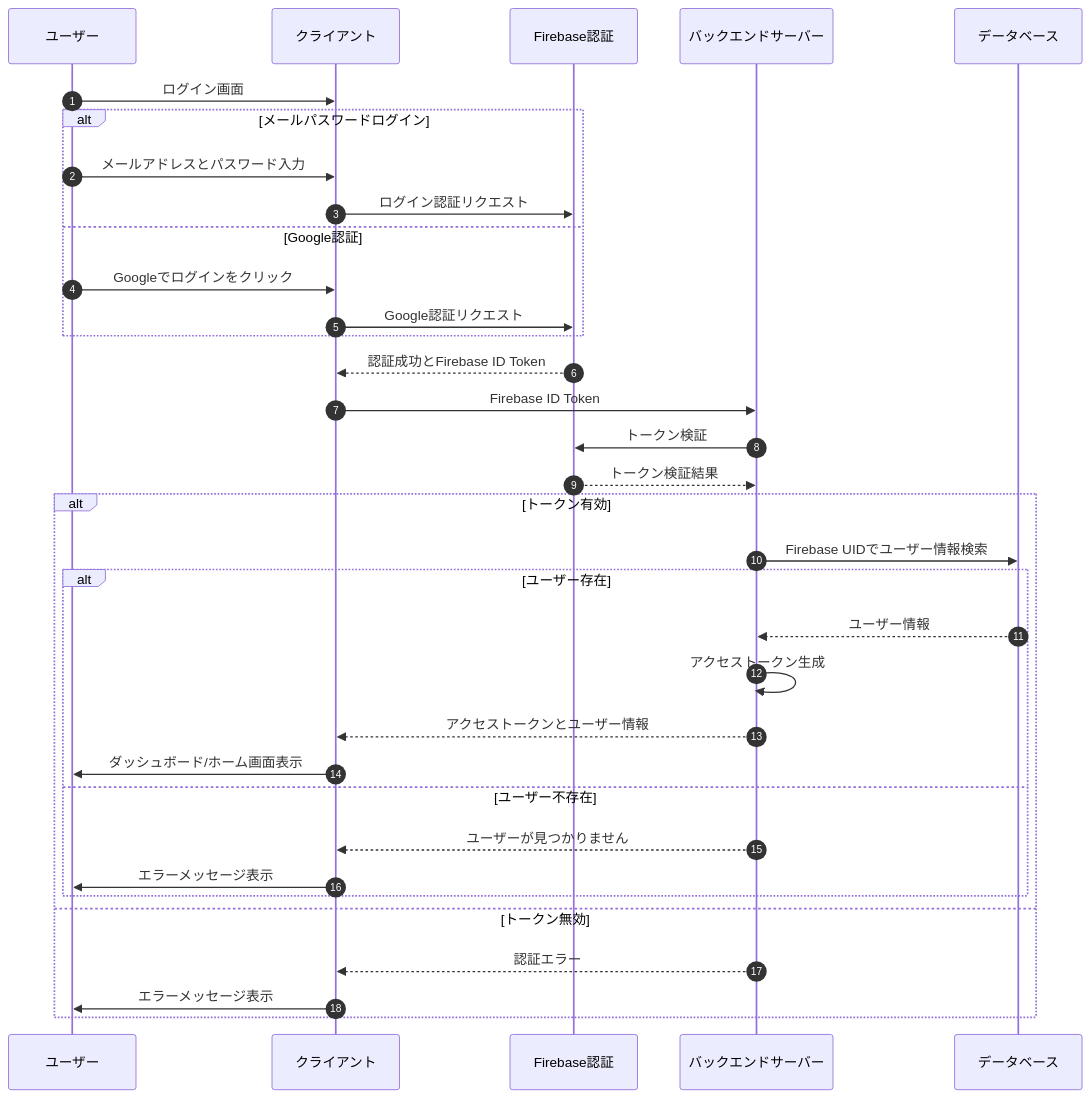
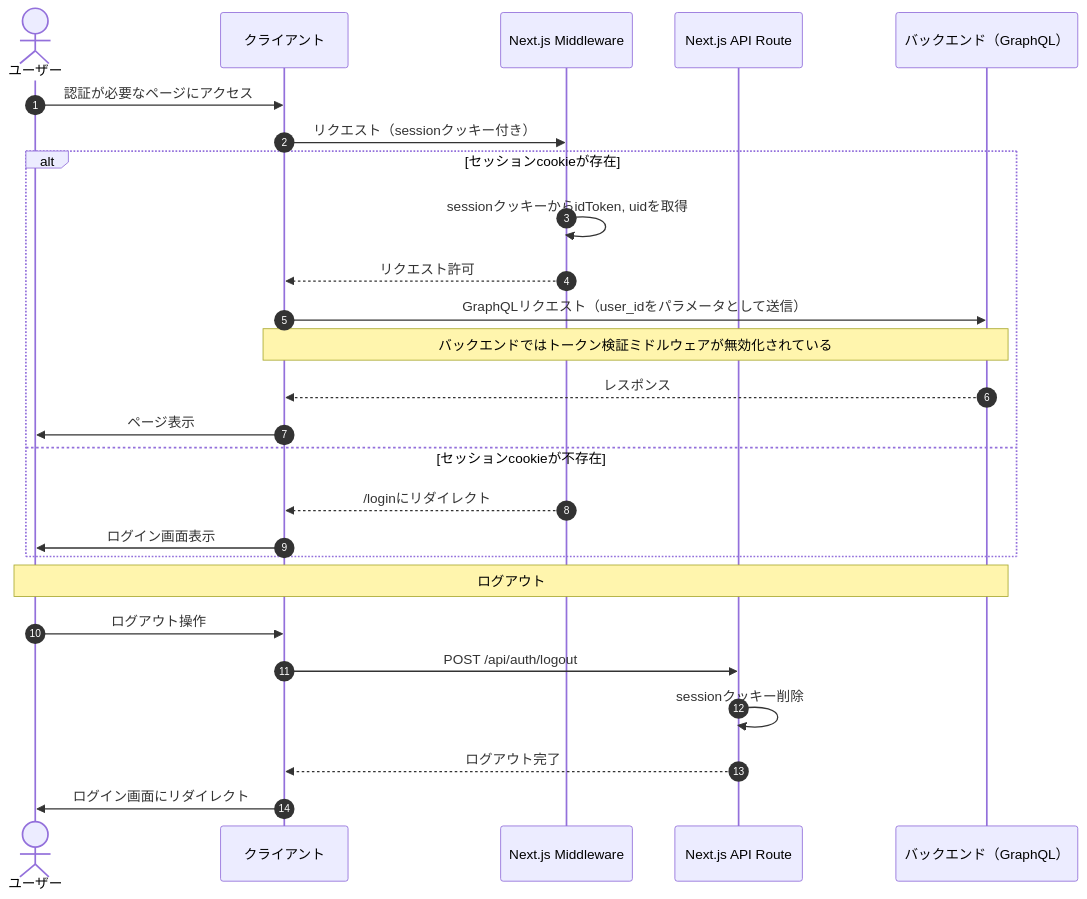
One commit to sc-hosokawa/frienda changed the second of 13 diagrams in docs/sequence-diagrams.md. Above: the diagram before and after it, drawn with Mermaid. The commit also changed other lines of this file, not shown here.

First line of the commit message:
docs: ソースコードの実装に基づいてシーケンス図を全面修正

````diff
--- a/docs/sequence-diagrams.md
+++ b/docs/sequence-diagrams.md
@@ -76,40 +91,34 @@
 ```mermaid
 sequenceDiagram
     autonumber
 
-    participant ユーザー
+    actor ユーザー
     participant クライアント
-    participant Firebase認証
-    participant バックエンドサーバー
-    participant データベース
+    participant Middleware as Next.js Middleware
+    participant NextJS as Next.js API Route
+    participant バックエンド as バックエンド（GraphQL）
 
-    ユーザー->>クライアント: ログイン画面
-    alt メールパスワードログイン
-        ユーザー->>クライアント: メールアドレスとパスワード入力
-        クライアント->>Firebase認証: ログイン認証リクエスト
-    else Google認証
-        ユーザー->>クライアント: Googleでログインをクリック
-        クライアント->>Firebase認証: Google認証リクエスト
+    ユーザー->>クライアント: 認証が必要なページにアクセス
+    クライアント->>Middleware: リクエスト（sessionクッキー付き）
+
+    alt セッションcookieが存在
+        Middleware->>Middleware: sessionクッキーからidToken, uidを取得
+        Middleware-->>クライアント: リクエスト許可
+
+        クライアント->>バックエンド: GraphQLリクエスト（user_idをパラメータとして送信）
+        Note over クライアント, バックエンド: バックエンドではトークン検証ミドルウェアが無効化されている
+        バックエンド-->>クライアント: レスポンス
+        クライアント->>ユーザー: ページ表示
+
+    else セッションcookieが不存在
+        Middleware-->>クライアント: /loginにリダイレクト
+        クライアント->>ユーザー: ログイン画面表示
     end
 
-    Firebase認証-->>クライアント: 認証成功とFirebase ID Token
-    クライアント->>バックエンドサーバー: Firebase ID Token
-    バックエンドサーバー->>Firebase認証: トークン検証
-    Firebase認証-->>バックエンドサーバー: トークン検証結果
-
-    alt トークン有効
-        バックエンドサーバー->>データベース: Firebase UIDでユーザー情報検索
-        alt ユーザー存在
-            データベース-->>バックエンドサーバー: ユーザー情報
-            バックエンドサーバー->>バックエンドサーバー: アクセストークン生成
-            バックエンドサーバー-->>クライアント: アクセストークンとユーザー情報
-            クライアント->>ユーザー: ダッシュボード/ホーム画面表示
-        else ユーザー不存在
-            バックエンドサーバー-->>クライアント: ユーザーが見つかりません
-            クライアント->>ユーザー: エラーメッセージ表示
-        end
-    else トークン無効
-        バックエンドサーバー-->>クライアント: 認証エラー
-        クライアント->>ユーザー: エラーメッセージ表示
-    end
+    Note over ユーザー, バックエンド: ログアウト
+    ユーザー->>クライアント: ログアウト操作
+    クライアント->>NextJS: POST /api/auth/logout
+    NextJS->>NextJS: sessionクッキー削除
+    NextJS-->>クライアント: ログアウト完了
+    クライアント->>ユーザー: ログイン画面にリダイレクト
 ```
````
